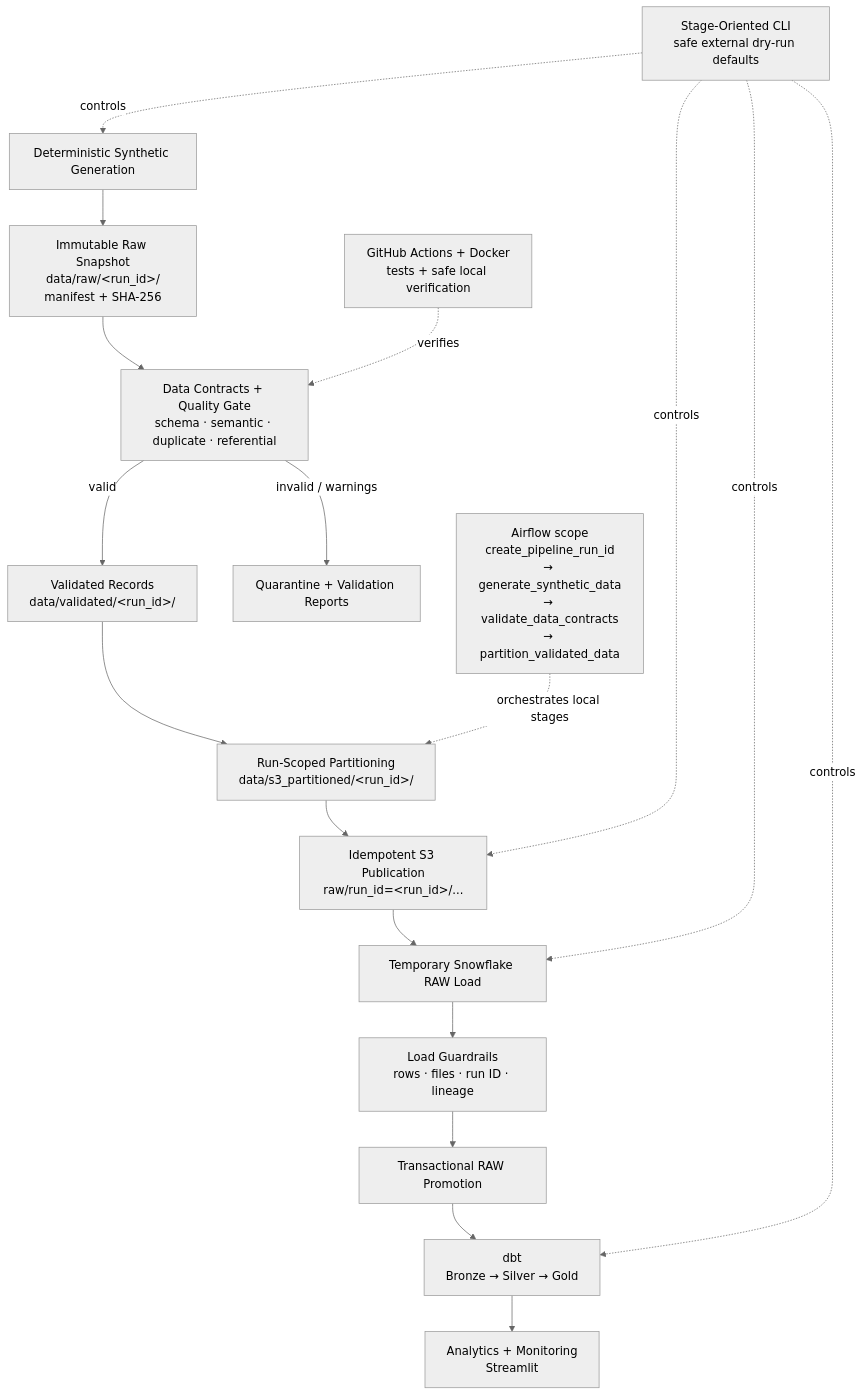
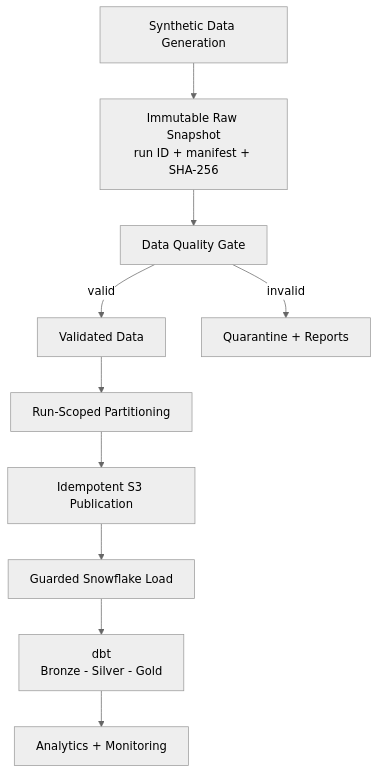
The diagram in README.md (samahmedQA/fraud-dispute-analytics-pipeline), drawn with Mermaid (neutral theme) before and after one commit. The commit also changed other lines of this file, not shown here.

Commit message:
docs: simplify README architecture diagram

````diff
--- a/README.md
+++ b/README.md
@@ -36,36 +36,23 @@
 ```mermaid
 flowchart TD
-    GEN["Deterministic Synthetic Generation"]
-    RAW["Immutable Raw Snapshot<br/>data/raw/&lt;run_id&gt;/<br/>manifest + SHA-256"]
-    DQ["Data Contracts + Quality Gate<br/>schema · semantic · duplicate · referential"]
-    VALID["Validated Records<br/>data/validated/&lt;run_id&gt;/"]
-    QUAR["Quarantine + Validation Reports"]
-    PART["Run-Scoped Partitioning<br/>data/s3_partitioned/&lt;run_id&gt;/"]
-    S3["Idempotent S3 Publication<br/>raw/run_id=&lt;run_id&gt;/..."]
-    TMP["Temporary Snowflake RAW Load"]
-    GUARD["Load Guardrails<br/>rows · files · run ID · lineage"]
-    RAWDB["Transactional RAW Promotion"]
-    DBT["dbt<br/>Bronze → Silver → Gold"]
-    OUT["Analytics + Monitoring<br/>Streamlit"]
+    GEN["Synthetic Data Generation"]
+    RAW["Immutable Raw Snapshot<br/>run ID + manifest + SHA-256"]
+    DQ["Data Quality Gate"]
+    VALID["Validated Data"]
+    QUAR["Quarantine + Reports"]
+    PART["Run-Scoped Partitioning"]
+    S3["Idempotent S3 Publication"]
+    SNOW["Guarded Snowflake Load"]
+    DBT["dbt<br/>Bronze - Silver - Gold"]
+    OUT["Analytics + Monitoring"]
 
     GEN --> RAW
     RAW --> DQ
     DQ -->|valid| VALID
-    DQ -->|invalid / warnings| QUAR
+    DQ -->|invalid| QUAR
     VALID --> PART
     PART --> S3
-    S3 --> TMP
-    TMP --> GUARD
-    GUARD --> RAWDB
-    RAWDB --> DBT
+    S3 --> SNOW
+    SNOW --> DBT
     DBT --> OUT
-
-    CLI["Stage-Oriented CLI<br/>safe external dry-run defaults"] -. controls .-> GEN
-    CLI -. controls .-> S3
-    CLI -. controls .-> TMP
-    CLI -. controls .-> DBT
-
-    AF["Airflow scope<br/>create_pipeline_run_id<br/>→ generate_synthetic_data<br/>→ validate_data_contracts<br/>→ partition_validated_data"] -. orchestrates local stages .-> PART
-
-    CI["GitHub Actions + Docker<br/>tests + safe local verification"] -. verifies .-> DQ
 ```
````
